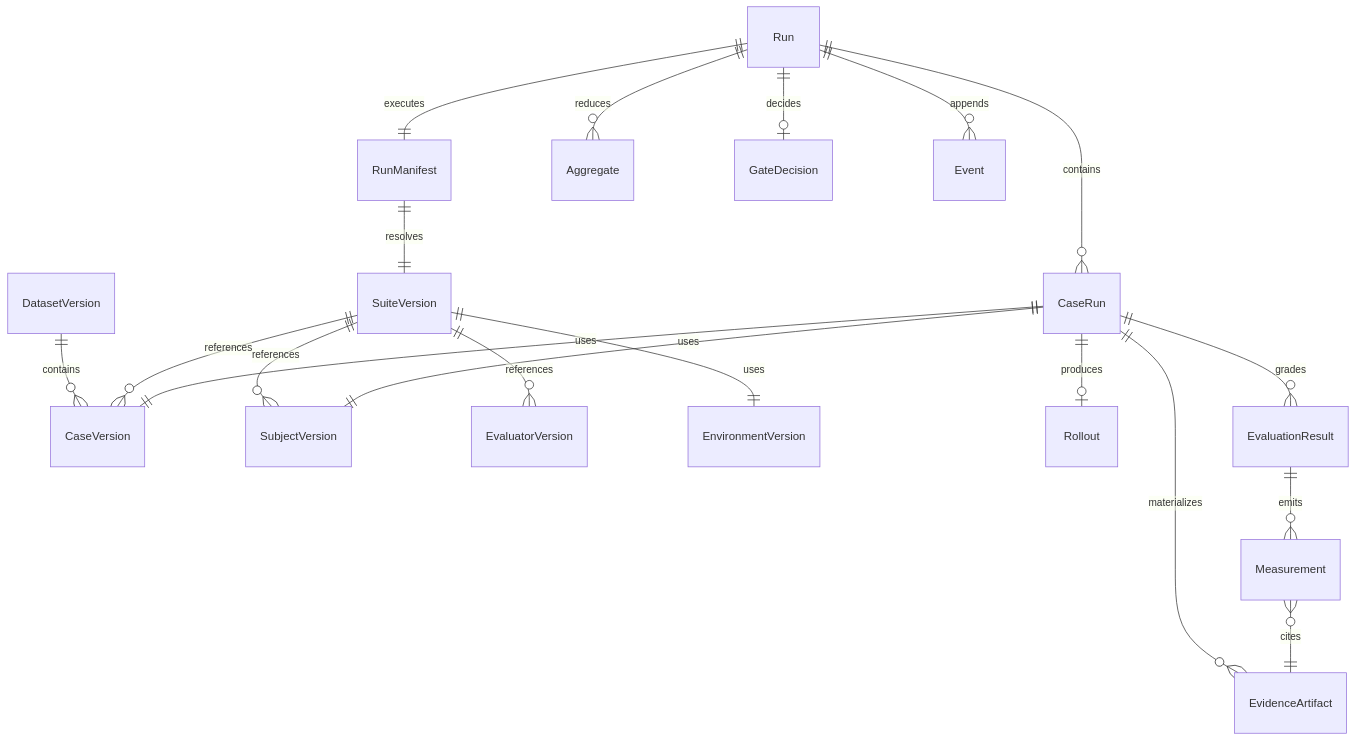
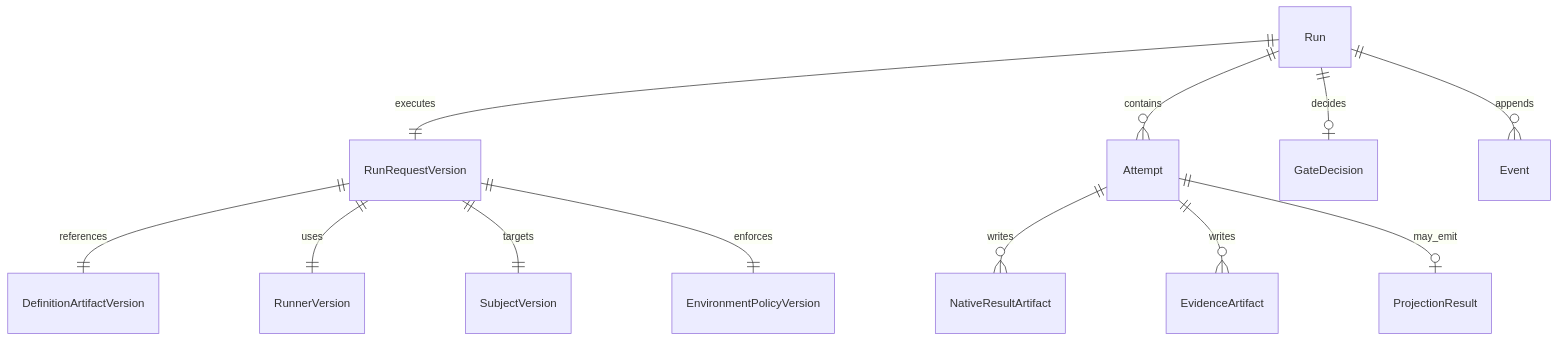
Before and after one commit to softprobe/document-website: the second of 2 diagrams in en/evaluation/concepts/data-model.md, drawn with Mermaid. The commit also changed other lines of this file and 10 other files, not shown here.

Commit message:
docs(evaluation): remove native authoring path; runner-first workflow

````diff
--- a/en/evaluation/concepts/data-model.md
+++ b/en/evaluation/concepts/data-model.md
@@ -55,21 +53,14 @@
 ```mermaid
 erDiagram
-  DatasetVersion ||--o{ CaseVersion : contains
-  SuiteVersion ||--o{ CaseVersion : references
-  SuiteVersion ||--o{ SubjectVersion : references
-  SuiteVersion ||--o{ EvaluatorVersion : references
-  SuiteVersion ||--|| EnvironmentVersion : uses
-  RunManifest ||--|| SuiteVersion : resolves
-  Run ||--|| RunManifest : executes
-  Run ||--o{ CaseRun : contains
-  CaseRun ||--|| CaseVersion : uses
-  CaseRun ||--|| SubjectVersion : uses
-  CaseRun ||--o| Rollout : produces
-  CaseRun ||--o{ EvidenceArtifact : materializes
-  CaseRun ||--o{ EvaluationResult : grades
-  EvaluationResult ||--o{ Measurement : emits
-  Run ||--o{ Aggregate : reduces
+  RunRequestVersion ||--|| DefinitionArtifactVersion : references
+  RunRequestVersion ||--|| RunnerVersion : uses
+  RunRequestVersion ||--|| SubjectVersion : targets
+  RunRequestVersion ||--|| EnvironmentPolicyVersion : enforces
+  Run ||--|| RunRequestVersion : executes
+  Run ||--o{ Attempt : contains
+  Attempt ||--o{ NativeResultArtifact : writes
+  Attempt ||--o{ EvidenceArtifact : writes
+  Attempt ||--o| ProjectionResult : may_emit
   Run ||--o| GateDecision : decides
   Run ||--o{ Event : appends
-  Measurement }o--|| EvidenceArtifact : cites
 ```
````
